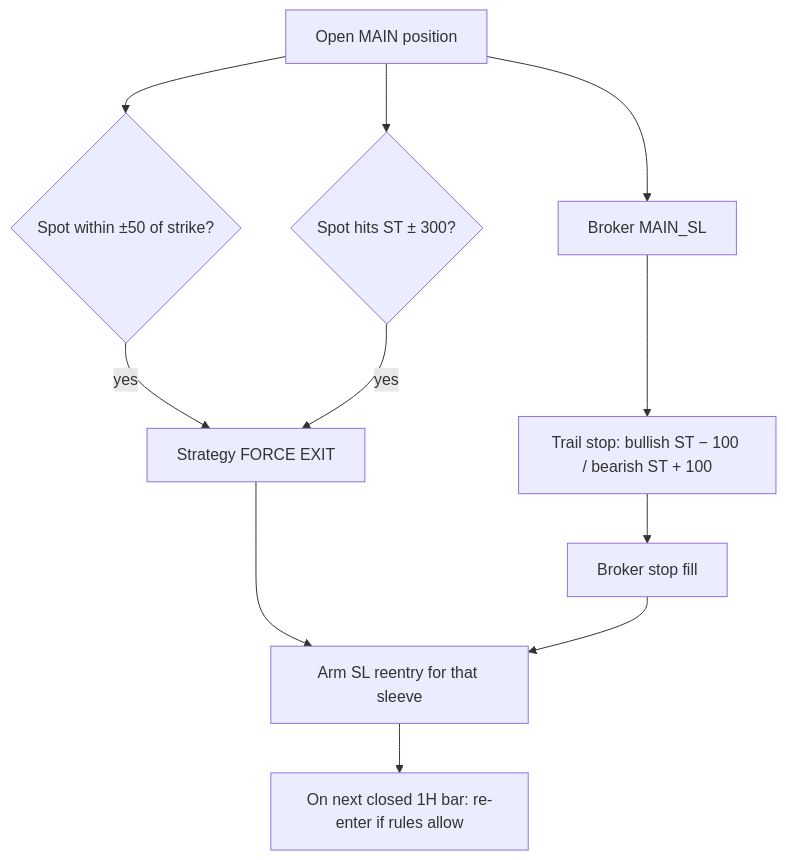
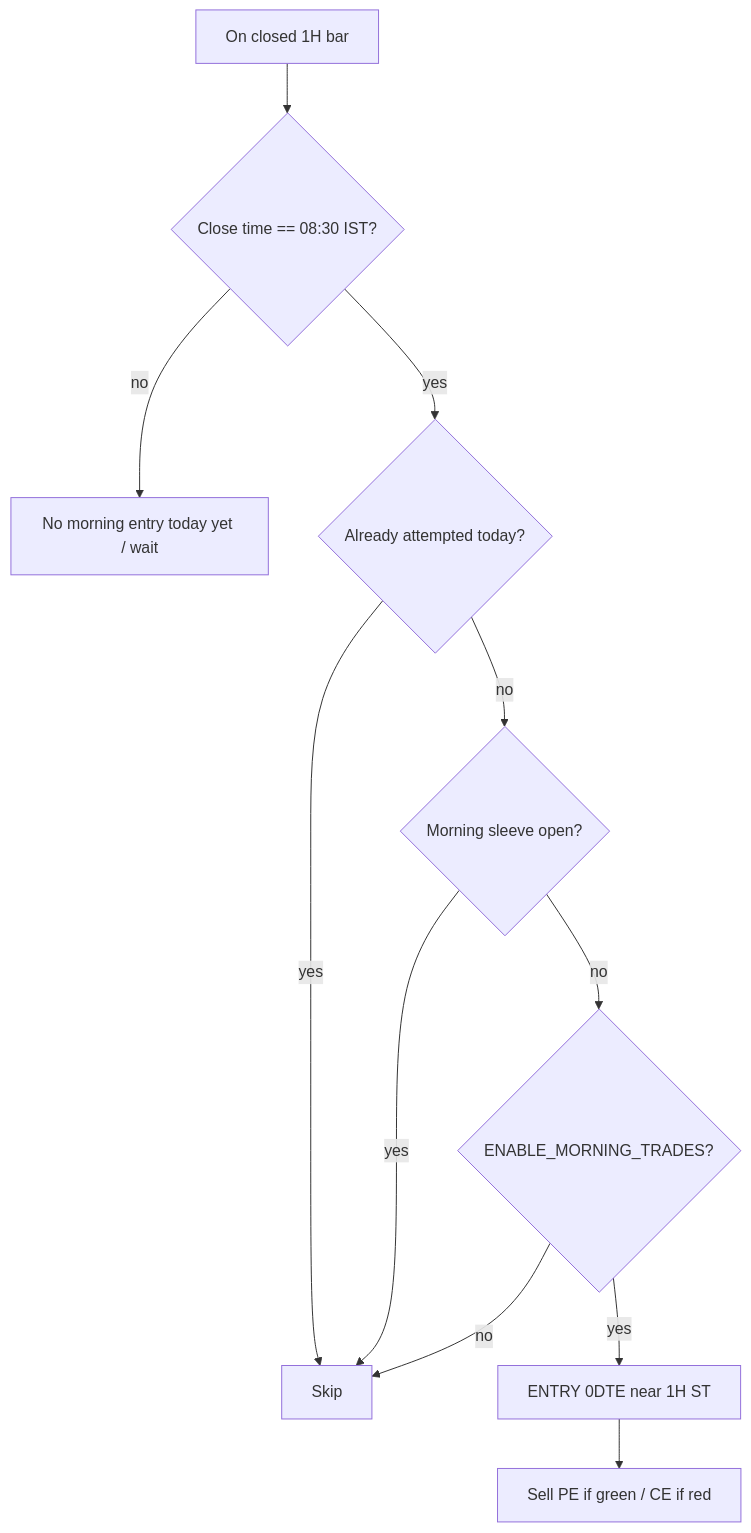
Before and after one commit to Eshwar066/Dhan-codebase: the fifth of 5 diagrams in core/strategies/crypto/DirectionalOptionSelling/readme.md, drawn with Mermaid. The commit also changed other lines of this file and 4 other files, not shown here.

````diff
--- a/core/strategies/crypto/DirectionalOptionSelling/readme.md
+++ b/core/strategies/crypto/DirectionalOptionSelling/readme.md
@@ -167,13 +231,13 @@
 ```mermaid
 flowchart TD
-    A[Open MAIN position] --> B[Broker MAIN_SL]
-    B --> C["Trail stop: bullish ST − 100 / bearish ST + 100"]
-    A --> D{Spot within ±50 of strike?}
-    D -->|yes| E[Strategy FORCE EXIT]
-    A --> F{Spot hits ST ± 300?}
+    A[On closed 1H bar] --> B{Close time == 08:30 IST?}
+    B -->|no| C[No morning entry today yet / wait]
+    B -->|yes| D{Already attempted today?}
+    D -->|yes| E[Skip]
+    D -->|no| F{Morning sleeve open?}
     F -->|yes| E
-    E --> G[Arm SL reentry for that sleeve]
-    G --> H[On next closed 1H bar: re-enter if rules allow]
-    C --> I[Broker stop fill]
-    I --> G
+    F -->|no| G{ENABLE_MORNING_TRADES?}
+    G -->|no| E
+    G -->|yes| H[ENTRY 0DTE near 1H ST]
+    H --> I[Sell PE if green / CE if red]
 ```
````
